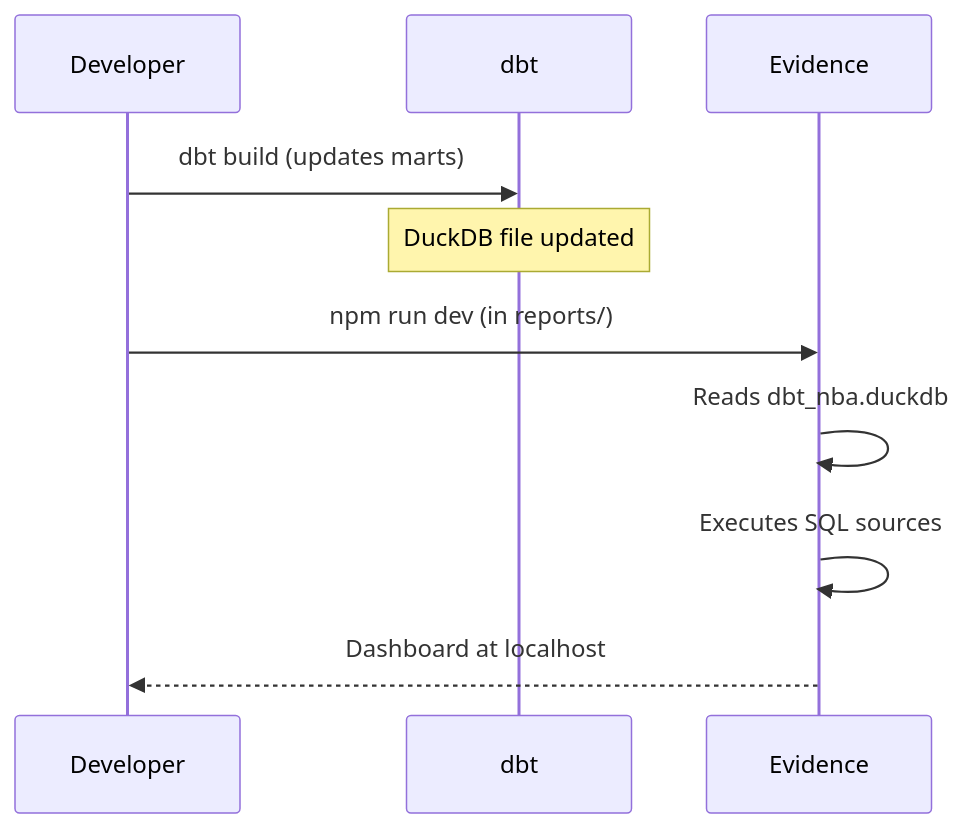
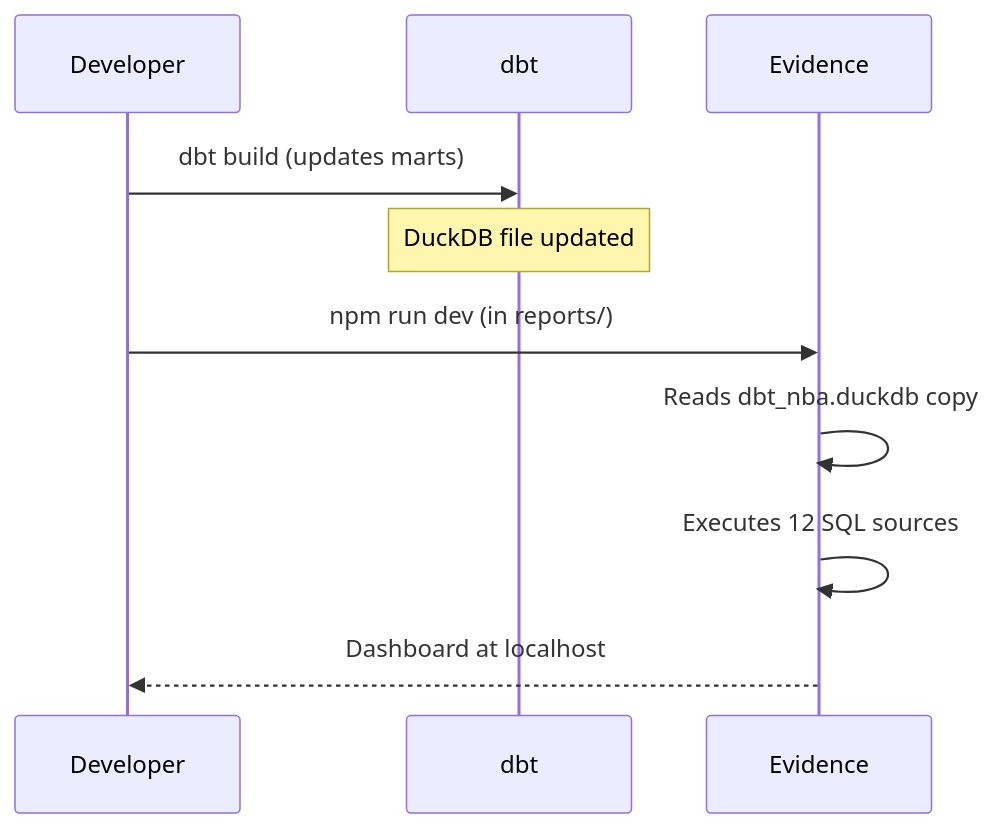
Before and after one commit to nprasad2077/dbt_sample: the tenth of 11 diagrams in .agents/summary/workflows.md, drawn with Mermaid. The commit also changed other lines of this file and 12 other files, not shown here.

Commit message:
charts update

````diff
--- a/.agents/summary/workflows.md
+++ b/.agents/summary/workflows.md
@@ -113,13 +169,13 @@
 ```mermaid
 sequenceDiagram
     participant Dev as Developer
     participant dbt as dbt
     participant EV as Evidence
 
     Dev->>dbt: dbt build (updates marts)
     Note over dbt: DuckDB file updated
     Dev->>EV: npm run dev (in reports/)
-    EV->>EV: Reads dbt_nba.duckdb
-    EV->>EV: Executes SQL sources
+    EV->>EV: Reads dbt_nba.duckdb copy
+    EV->>EV: Executes 12 SQL sources
     EV-->>Dev: Dashboard at localhost
 ```
````
